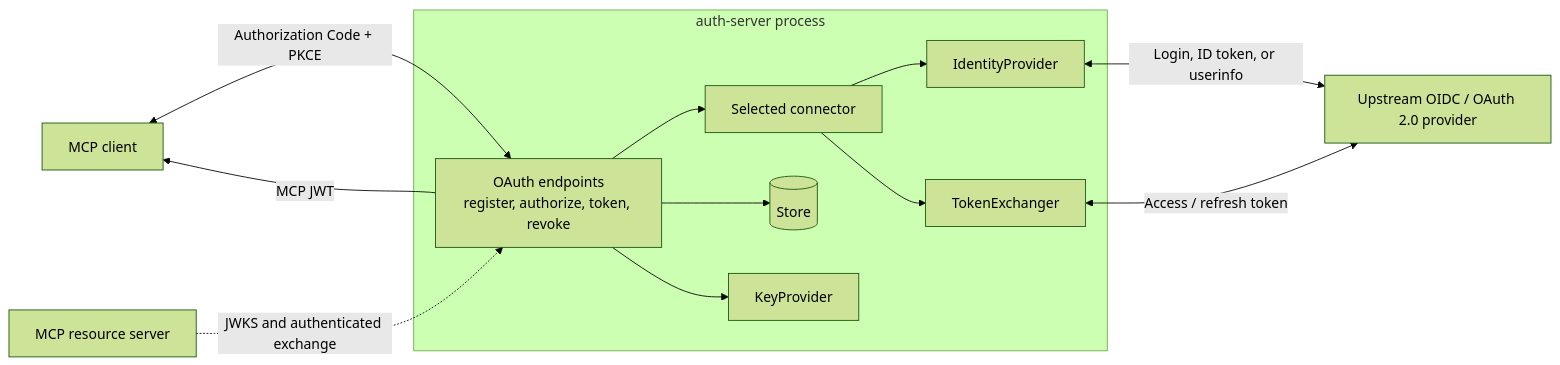
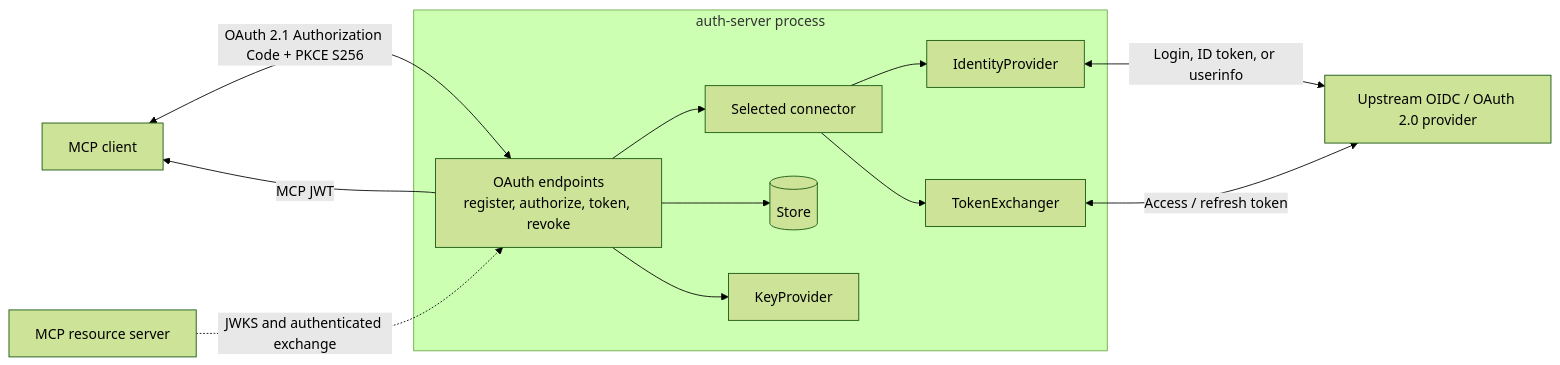
One commit to Agent-Hellboy/mcp-auth changed the first of 4 diagrams in docs/auth-server.md. Above: the diagram before and after it, drawn with Mermaid (forest theme). The commit also changed other lines of this file and 8 other files, not shown here.

First line of the commit message:
Support OAuth Client ID Metadata Documents (#14)

````diff
--- a/docs/auth-server.md
+++ b/docs/auth-server.md
@@ -7,28 +31,28 @@
 ```mermaid
 flowchart LR
     client["MCP client"]
 
     subgraph server["auth-server process"]
         endpoints["OAuth endpoints<br/>register, authorize, token, revoke"]
         connector["Selected connector"]
         identity["IdentityProvider"]
         exchange["TokenExchanger"]
         store[("Store")]
         keys["KeyProvider"]
 
         endpoints --> connector
         connector --> identity
         connector --> exchange
         endpoints --> store
         endpoints --> keys
     end
 
     idp["Upstream OIDC / OAuth 2.0 provider"]
     resource["MCP resource server"]
 
-    client <-->|"Authorization Code + PKCE"| endpoints
+    client <-->|"OAuth 2.1 Authorization Code + PKCE S256"| endpoints
     identity <-->|"Login, ID token, or userinfo"| idp
     exchange <-->|"Access / refresh token"| idp
     endpoints -->|"MCP JWT"| client
     resource -.->|"JWKS and authenticated exchange"| endpoints
 ```
````
